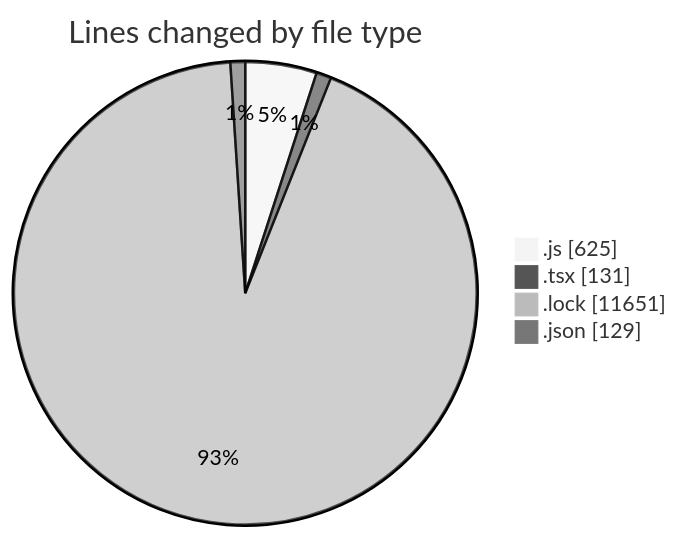
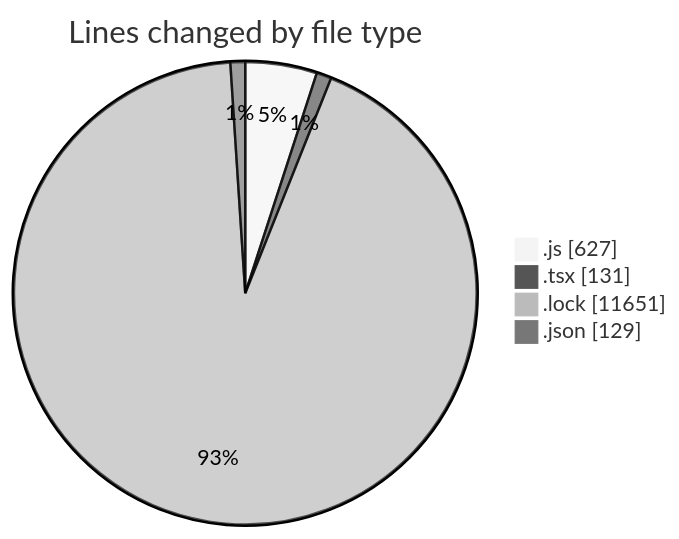
Before and after one commit to momahboobian/code-tracking: the first of 2 diagrams in 2026-01-13/cda/README.md, drawn with Mermaid (neutral theme). The commit also changed other lines of this file and 1 other file, not shown here.

````diff
--- a/2026-01-13/cda/README.md
+++ b/2026-01-13/cda/README.md
@@ -27,8 +27,8 @@
 ```mermaid
 pie showData
 title Lines changed by file type
-".js" : 625
+".js" : 627
 ".tsx" : 131
 ".lock" : 11651
 ".json" : 129
 ```
````
